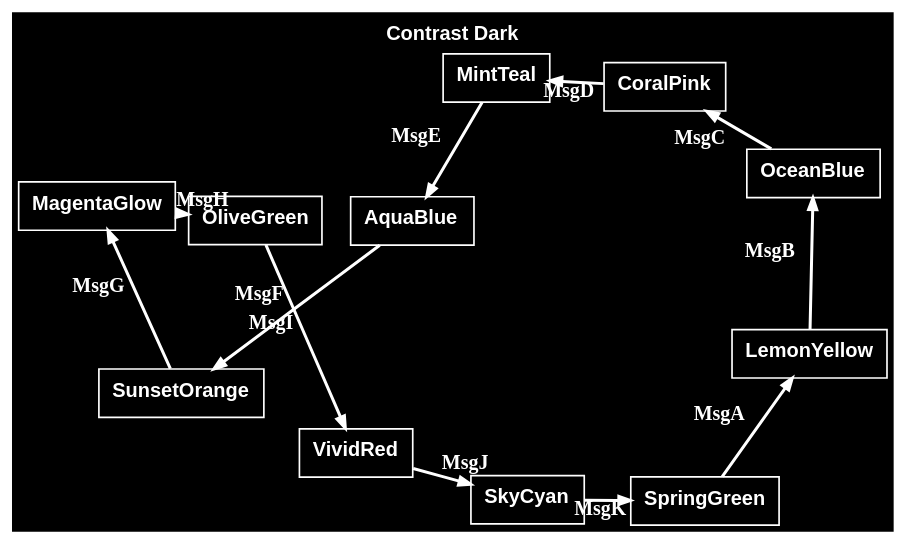
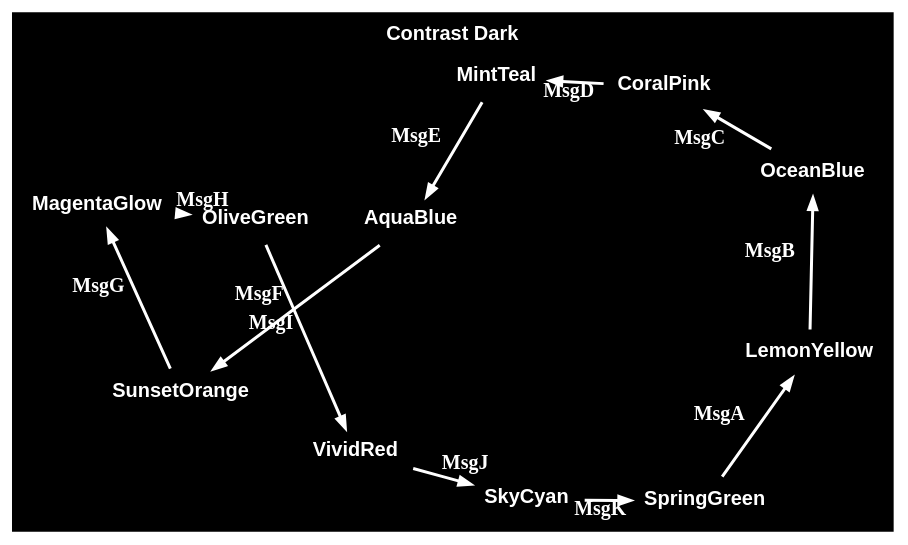
Before and after one commit to m-bock/purescript-transit: the diagram in renders/themes/contrast-dark.dot, drawn with Graphviz. The commit also changed 33 other files, not shown here.

Commit message:
Update Graphviz rendering

```diff
--- a/renders/themes/contrast-dark.dot
+++ b/renders/themes/contrast-dark.dot
@@ -1,27 +1,27 @@
 digraph 
 {
 rankdir = "TD";fontname = "Arial";labelloc = "t";fontsize = 12.0;bgcolor = "#000000";color = "#ffffff";fontcolor = "#ffffff";label = <<b>Contrast Dark</b>>
 graph [layout=sfdp;overlap=false, K=2.5, repulsiveforce=4, splines=true];
-SpringGreen [shape = "box", label = <<b>SpringGreen</b>>, fontsize = 12.0, style = "filled", fillcolor = "#000000", fontcolor = "#ffffff", color = "#ffffff", fontname = "Arial", labelloc = "c", penwidth = 1.0, height = 0.4]
+SpringGreen [shape = "box", label = <<b>SpringGreen</b>>, fontsize = 12.0, style = "filled", fillcolor = "#000000", fontcolor = "#ffffff", color = "#ffffff", fontname = "Arial", labelloc = "c", penwidth = 0.0, height = 0.4]
 SpringGreen -> LemonYellow [color = "#ffffff", fontcolor = "#ffffff", fontsize = 12.0, arrowsize = "0.7", label = <<b>MsgA</b>>, penwidth = 1.8]
-LemonYellow [shape = "box", label = <<b>LemonYellow</b>>, fontsize = 12.0, style = "filled", fillcolor = "#000000", fontcolor = "#ffffff", color = "#ffffff", fontname = "Arial", labelloc = "c", penwidth = 1.0, height = 0.4]
+LemonYellow [shape = "box", label = <<b>LemonYellow</b>>, fontsize = 12.0, style = "filled", fillcolor = "#000000", fontcolor = "#ffffff", color = "#ffffff", fontname = "Arial", labelloc = "c", penwidth = 0.0, height = 0.4]
 LemonYellow -> OceanBlue [color = "#ffffff", fontcolor = "#ffffff", fontsize = 12.0, arrowsize = "0.7", label = <<b>MsgB</b>>, penwidth = 1.8]
-OceanBlue [shape = "box", label = <<b>OceanBlue</b>>, fontsize = 12.0, style = "filled", fillcolor = "#000000", fontcolor = "#ffffff", color = "#ffffff", fontname = "Arial", labelloc = "c", penwidth = 1.0, height = 0.4]
+OceanBlue [shape = "box", label = <<b>OceanBlue</b>>, fontsize = 12.0, style = "filled", fillcolor = "#000000", fontcolor = "#ffffff", color = "#ffffff", fontname = "Arial", labelloc = "c", penwidth = 0.0, height = 0.4]
 OceanBlue -> CoralPink [color = "#ffffff", fontcolor = "#ffffff", fontsize = 12.0, arrowsize = "0.7", label = <<b>MsgC</b>>, penwidth = 1.8]
-CoralPink [shape = "box", label = <<b>CoralPink</b>>, fontsize = 12.0, style = "filled", fillcolor = "#000000", fontcolor = "#ffffff", color = "#ffffff", fontname = "Arial", labelloc = "c", penwidth = 1.0, height = 0.4]
+CoralPink [shape = "box", label = <<b>CoralPink</b>>, fontsize = 12.0, style = "filled", fillcolor = "#000000", fontcolor = "#ffffff", color = "#ffffff", fontname = "Arial", labelloc = "c", penwidth = 0.0, height = 0.4]
 CoralPink -> MintTeal [color = "#ffffff", fontcolor = "#ffffff", fontsize = 12.0, arrowsize = "0.7", label = <<b>MsgD</b>>, penwidth = 1.8]
-MintTeal [shape = "box", label = <<b>MintTeal</b>>, fontsize = 12.0, style = "filled", fillcolor = "#000000", fontcolor = "#ffffff", color = "#ffffff", fontname = "Arial", labelloc = "c", penwidth = 1.0, height = 0.4]
+MintTeal [shape = "box", label = <<b>MintTeal</b>>, fontsize = 12.0, style = "filled", fillcolor = "#000000", fontcolor = "#ffffff", color = "#ffffff", fontname = "Arial", labelloc = "c", penwidth = 0.0, height = 0.4]
 MintTeal -> AquaBlue [color = "#ffffff", fontcolor = "#ffffff", fontsize = 12.0, arrowsize = "0.7", label = <<b>MsgE</b>>, penwidth = 1.8]
-AquaBlue [shape = "box", label = <<b>AquaBlue</b>>, fontsize = 12.0, style = "filled", fillcolor = "#000000", fontcolor = "#ffffff", color = "#ffffff", fontname = "Arial", labelloc = "c", penwidth = 1.0, height = 0.4]
+AquaBlue [shape = "box", label = <<b>AquaBlue</b>>, fontsize = 12.0, style = "filled", fillcolor = "#000000", fontcolor = "#ffffff", color = "#ffffff", fontname = "Arial", labelloc = "c", penwidth = 0.0, height = 0.4]
 AquaBlue -> SunsetOrange [color = "#ffffff", fontcolor = "#ffffff", fontsize = 12.0, arrowsize = "0.7", label = <<b>MsgF</b>>, penwidth = 1.8]
-SunsetOrange [shape = "box", label = <<b>SunsetOrange</b>>, fontsize = 12.0, style = "filled", fillcolor = "#000000", fontcolor = "#ffffff", color = "#ffffff", fontname = "Arial", labelloc = "c", penwidth = 1.0, height = 0.4]
+SunsetOrange [shape = "box", label = <<b>SunsetOrange</b>>, fontsize = 12.0, style = "filled", fillcolor = "#000000", fontcolor = "#ffffff", color = "#ffffff", fontname = "Arial", labelloc = "c", penwidth = 0.0, height = 0.4]
 SunsetOrange -> MagentaGlow [color = "#ffffff", fontcolor = "#ffffff", fontsize = 12.0, arrowsize = "0.7", label = <<b>MsgG</b>>, penwidth = 1.8]
-MagentaGlow [shape = "box", label = <<b>MagentaGlow</b>>, fontsize = 12.0, style = "filled", fillcolor = "#000000", fontcolor = "#ffffff", color = "#ffffff", fontname = "Arial", labelloc = "c", penwidth = 1.0, height = 0.4]
+MagentaGlow [shape = "box", label = <<b>MagentaGlow</b>>, fontsize = 12.0, style = "filled", fillcolor = "#000000", fontcolor = "#ffffff", color = "#ffffff", fontname = "Arial", labelloc = "c", penwidth = 0.0, height = 0.4]
 MagentaGlow -> OliveGreen [color = "#ffffff", fontcolor = "#ffffff", fontsize = 12.0, arrowsize = "0.7", label = <<b>MsgH</b>>, penwidth = 1.8]
-OliveGreen [shape = "box", label = <<b>OliveGreen</b>>, fontsize = 12.0, style = "filled", fillcolor = "#000000", fontcolor = "#ffffff", color = "#ffffff", fontname = "Arial", labelloc = "c", penwidth = 1.0, height = 0.4]
+OliveGreen [shape = "box", label = <<b>OliveGreen</b>>, fontsize = 12.0, style = "filled", fillcolor = "#000000", fontcolor = "#ffffff", color = "#ffffff", fontname = "Arial", labelloc = "c", penwidth = 0.0, height = 0.4]
 OliveGreen -> VividRed [color = "#ffffff", fontcolor = "#ffffff", fontsize = 12.0, arrowsize = "0.7", label = <<b>MsgI</b>>, penwidth = 1.8]
-VividRed [shape = "box", label = <<b>VividRed</b>>, fontsize = 12.0, style = "filled", fillcolor = "#000000", fontcolor = "#ffffff", color = "#ffffff", fontname = "Arial", labelloc = "c", penwidth = 1.0, height = 0.4]
+VividRed [shape = "box", label = <<b>VividRed</b>>, fontsize = 12.0, style = "filled", fillcolor = "#000000", fontcolor = "#ffffff", color = "#ffffff", fontname = "Arial", labelloc = "c", penwidth = 0.0, height = 0.4]
 VividRed -> SkyCyan [color = "#ffffff", fontcolor = "#ffffff", fontsize = 12.0, arrowsize = "0.7", label = <<b>MsgJ</b>>, penwidth = 1.8]
-SkyCyan [shape = "box", label = <<b>SkyCyan</b>>, fontsize = 12.0, style = "filled", fillcolor = "#000000", fontcolor = "#ffffff", color = "#ffffff", fontname = "Arial", labelloc = "c", penwidth = 1.0, height = 0.4]
+SkyCyan [shape = "box", label = <<b>SkyCyan</b>>, fontsize = 12.0, style = "filled", fillcolor = "#000000", fontcolor = "#ffffff", color = "#ffffff", fontname = "Arial", labelloc = "c", penwidth = 0.0, height = 0.4]
 SkyCyan -> SpringGreen [color = "#ffffff", fontcolor = "#ffffff", fontsize = 12.0, arrowsize = "0.7", label = <<b>MsgK</b>>, penwidth = 1.8]
 }
```
